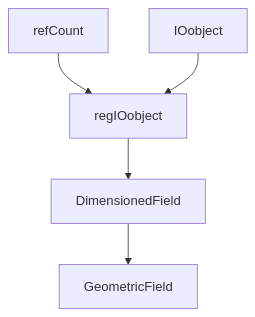
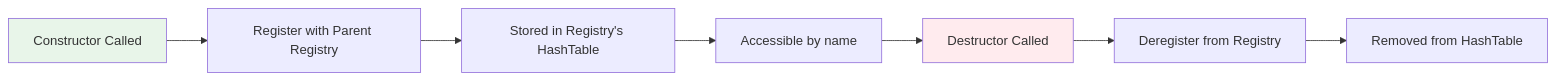
One commit to wramet/build-my-cfd changed the third of 7 diagrams in MODULE_05_OPENFOAM_PROGRAMMING/CONTENT/05_FIELDS_GEOMETRICFIELDS/03_Inheritance_Hierarchy.md. Above: the diagram before and after it, drawn with Mermaid. The commit also changed other lines of this file and 124 other files, not shown here.

````diff
--- a/MODULE_05_OPENFOAM_PROGRAMMING/CONTENT/05_FIELDS_GEOMETRICFIELDS/03_Inheritance_Hierarchy.md
+++ b/MODULE_05_OPENFOAM_PROGRAMMING/CONTENT/05_FIELDS_GEOMETRICFIELDS/03_Inheritance_Hierarchy.md
@@ -18,7 +285,12 @@
 ```mermaid
-flowchart TD
-    A[refCount] --> B[regIOobject]
-    C[IOobject] --> B
-    B --> D[DimensionedField]
-    D --> E[GeometricField]
+flowchart LR
+    A[Constructor Called] --> B[Register with Parent Registry]
+    B --> C[Stored in Registry's HashTable]
+    C --> D[Accessible by name]
+    D --> E[Destructor Called]
+    E --> F[Deregister from Registry]
+    F --> G[Removed from HashTable]
+    
+    style A fill:#e8f5e9
+    style E fill:#ffebee
 ```
````
